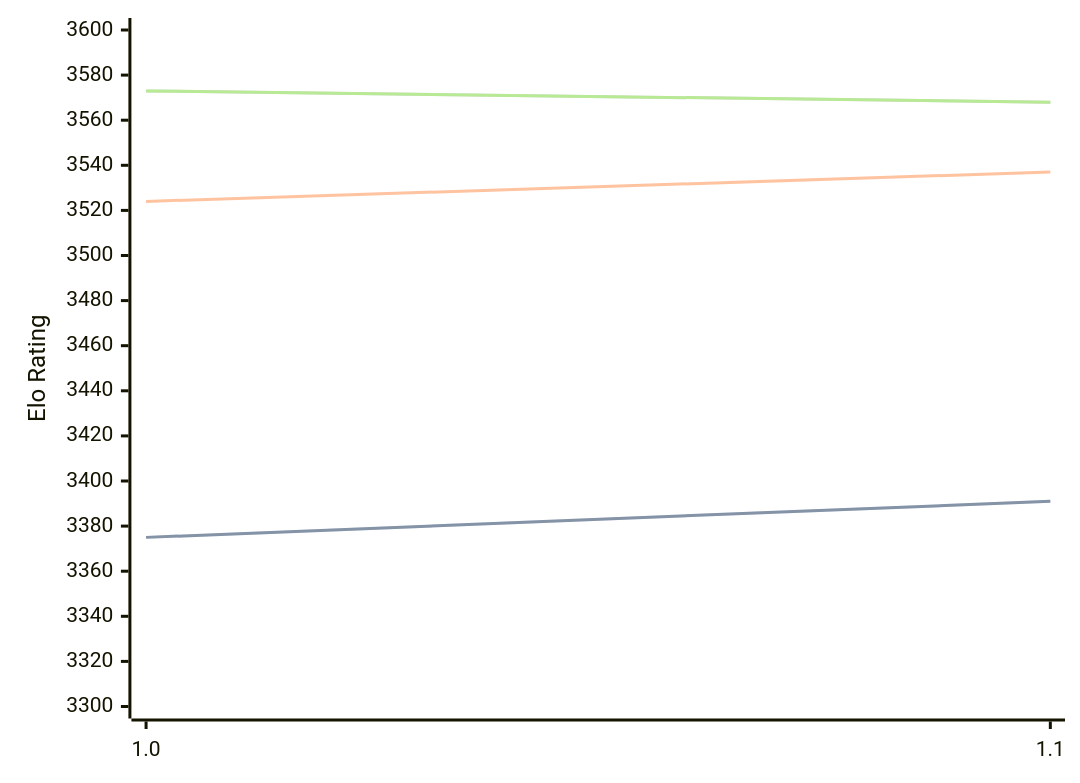
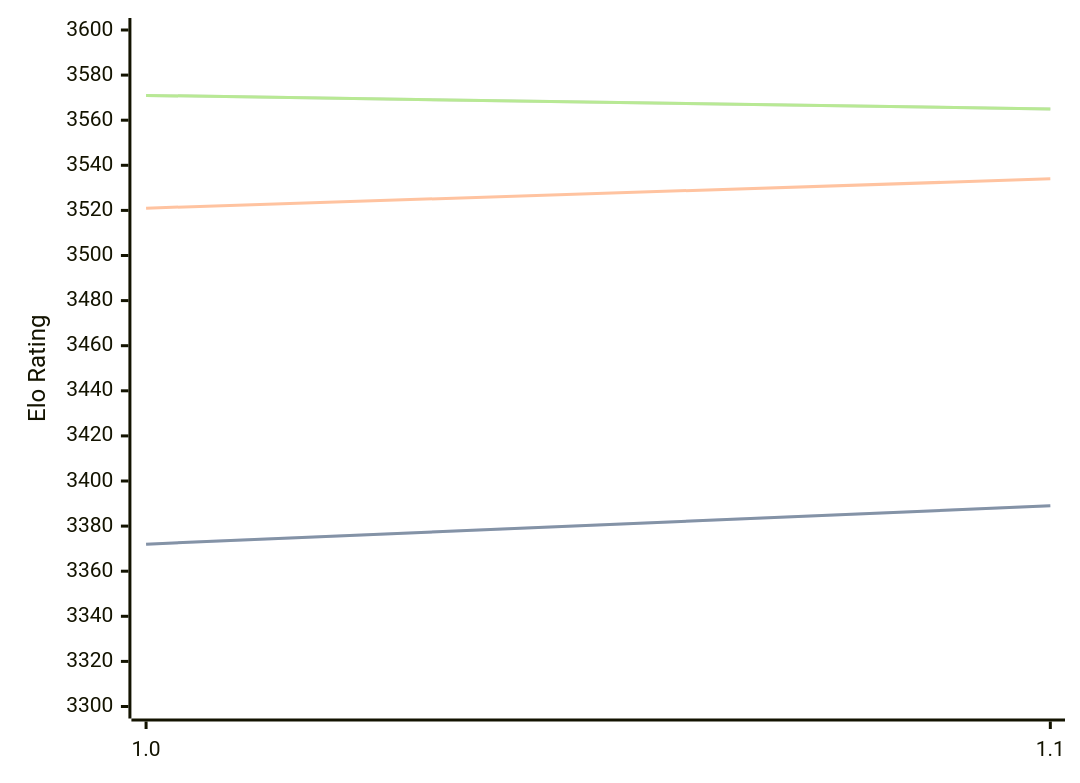
Before and after one commit to computer-chess-index/cci: the diagram in engines/Horsie.md, drawn with Mermaid. The commit also changed other lines of this file, not shown here.

Commit message:
Update CCI Ratings (ELO VLTC) - 2026-03-10

````diff
--- a/engines/Horsie.md
+++ b/engines/Horsie.md
@@ -30,11 +30,11 @@
 ```mermaid
 %%{init: {"theme":"base","themeVariables":{"seriesColors:['#a3a3a3','#222221','#faa371']}}}%%
 xychart-beta
   x-axis ["1.0", "1.1"]
   y-axis "Elo Rating" 3300 --> 3600
-  line "STC (8.0+0.08s)" [3375, 3391]
-  line "STC (8.0+0.08s)" [3375, 3391]
-  line "LTC (60.0+0.60s)" [3524, 3537]
-  line "VLTC (2m24s+1.12s)" [3573, 3568]
-  line "VLTC (2m24s+1.12s)" [3573, 3568]
+  line "STC (8.0+0.08s)" [3372, 3389]
+  line "STC (8.0+0.08s)" [3372, 3389]
+  line "LTC (60.0+0.60s)" [3521, 3534]
+  line "VLTC (2m24s+1.12s)" [3571, 3565]
+  line "VLTC (2m24s+1.12s)" [3571, 3565]
 ```
````
